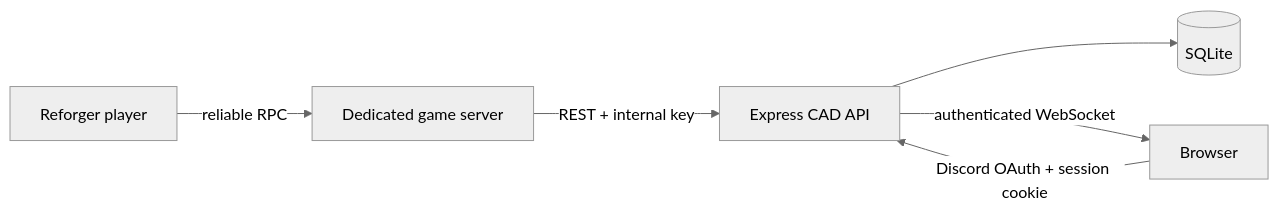
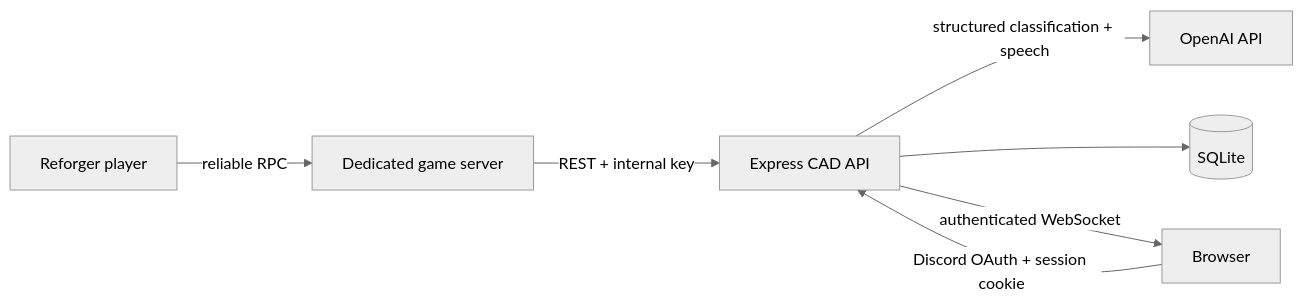
The diagram in README.md (ShadowRP-CAD/shadow-rp-cad), drawn with Mermaid (neutral theme) before and after one commit. The commit also changed other lines of this file and 18 other files, not shown here.

````diff
--- a/README.md
+++ b/README.md
@@ -46,8 +49,9 @@
 ```mermaid
 flowchart LR
     G["Reforger player"] -->|"reliable RPC"| S["Dedicated game server"]
     S -->|"REST + internal key"| A["Express CAD API"]
+    A -->|"structured classification + speech"| AI["OpenAI API"]
     B["Browser"] -->|"Discord OAuth + session cookie"| A
     A --> D[("SQLite")]
     A -->|"authenticated WebSocket"| B
 ```
````
